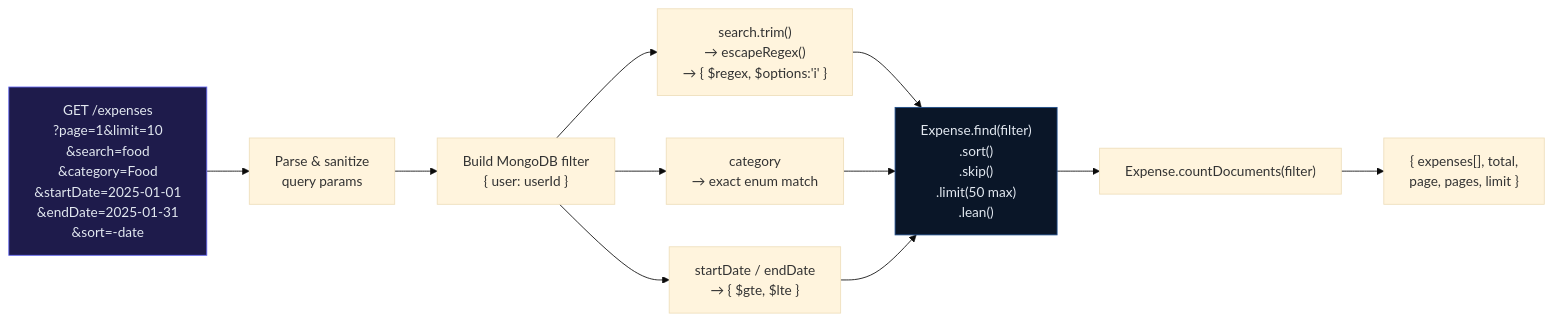
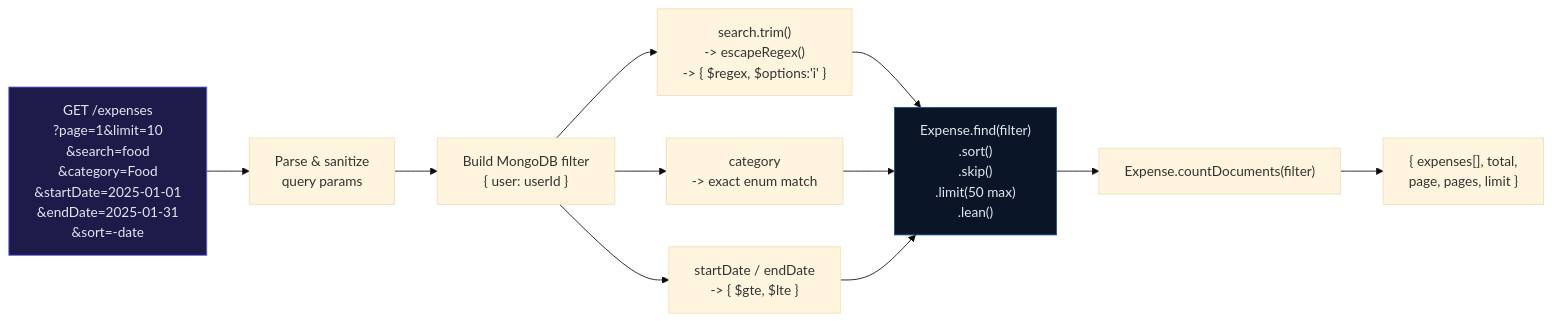
Diagram 16 of 20 in ARCHITECTURE.md (mjjaiavinash/Multi-Agent-Personal-Finance-Companion), drawn with Mermaid (base theme) before and after one commit. The commit also changed other lines of this file and 2 other files, not shown here.

Commit message:
Remove emojis from README, PRESENTATION, and ARCHITECTURE documentation

````diff
--- a/ARCHITECTURE.md
+++ b/ARCHITECTURE.md
@@ -707,21 +707,21 @@
 ```mermaid
 flowchart LR
     FE_QUERY["GET /expenses\n?page=1&limit=10\n&search=food\n&category=Food\n&startDate=2025-01-01\n&endDate=2025-01-31\n&sort=-date"] --> PARSE["Parse & sanitize\nquery params"]
 
     PARSE --> BUILD_FILTER["Build MongoDB filter\n{ user: userId }"]
 
-    BUILD_FILTER --> S1["search.trim()\n→ escapeRegex()\n→ { $regex, $options:'i' }"]
-    BUILD_FILTER --> S2["category\n→ exact enum match"]
-    BUILD_FILTER --> S3["startDate / endDate\n→ { $gte, $lte }"]
+    BUILD_FILTER --> S1["search.trim()\n-> escapeRegex()\n-> { $regex, $options:'i' }"]
+    BUILD_FILTER --> S2["category\n-> exact enum match"]
+    BUILD_FILTER --> S3["startDate / endDate\n-> { $gte, $lte }"]
 
     S1 --> EXEC
     S2 --> EXEC
     S3 --> EXEC
 
     EXEC["Expense.find(filter)\n.sort()\n.skip()\n.limit(50 max)\n.lean()"] --> COUNT["Expense.countDocuments(filter)"]
 
     COUNT --> RESP["{ expenses[], total,\npage, pages, limit }"]
 
     style FE_QUERY fill:#1e1b4b,stroke:#6366f1,color:#e2e8f0
     style EXEC fill:#0a1628,stroke:#1e4d8c,color:#e2e8f0
 ```
````
